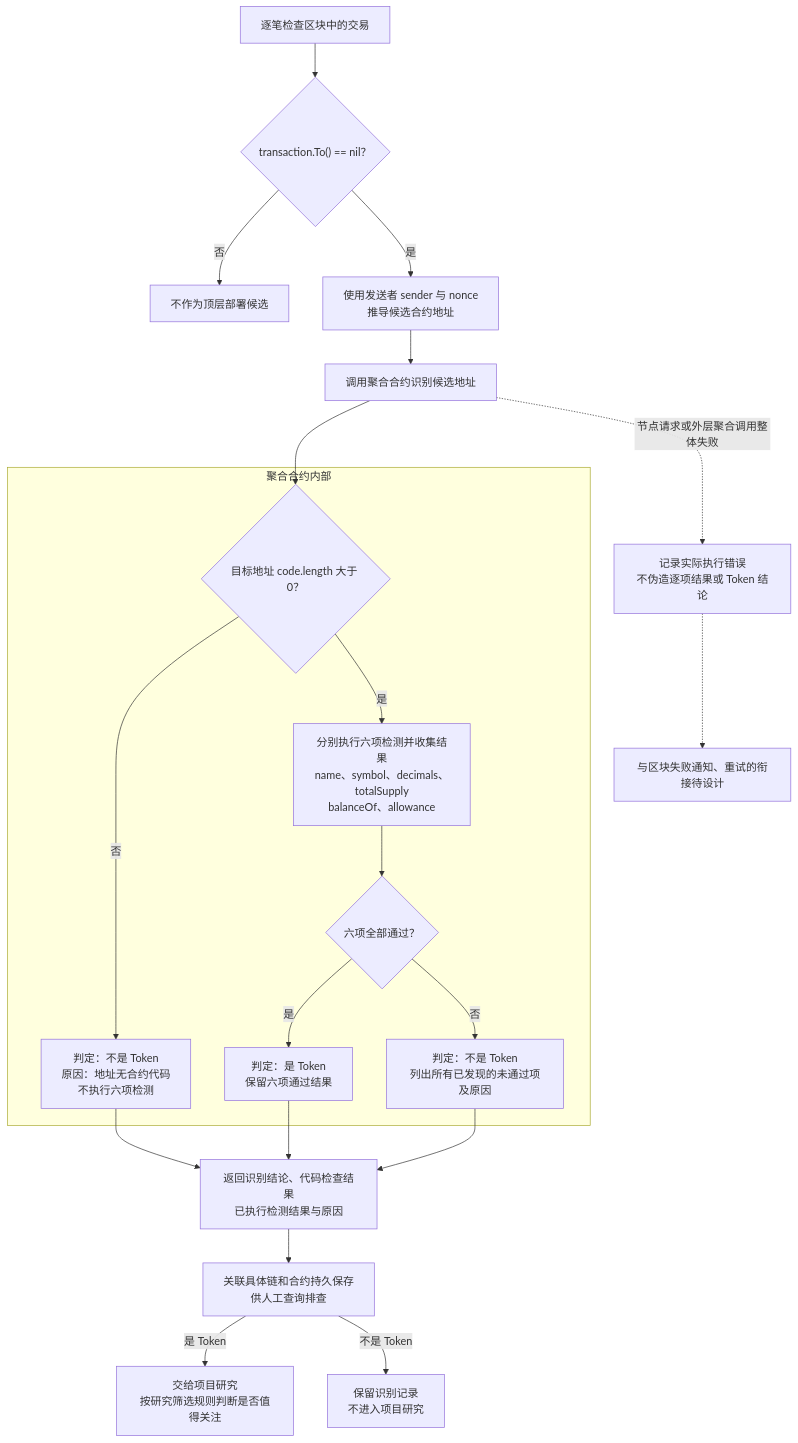
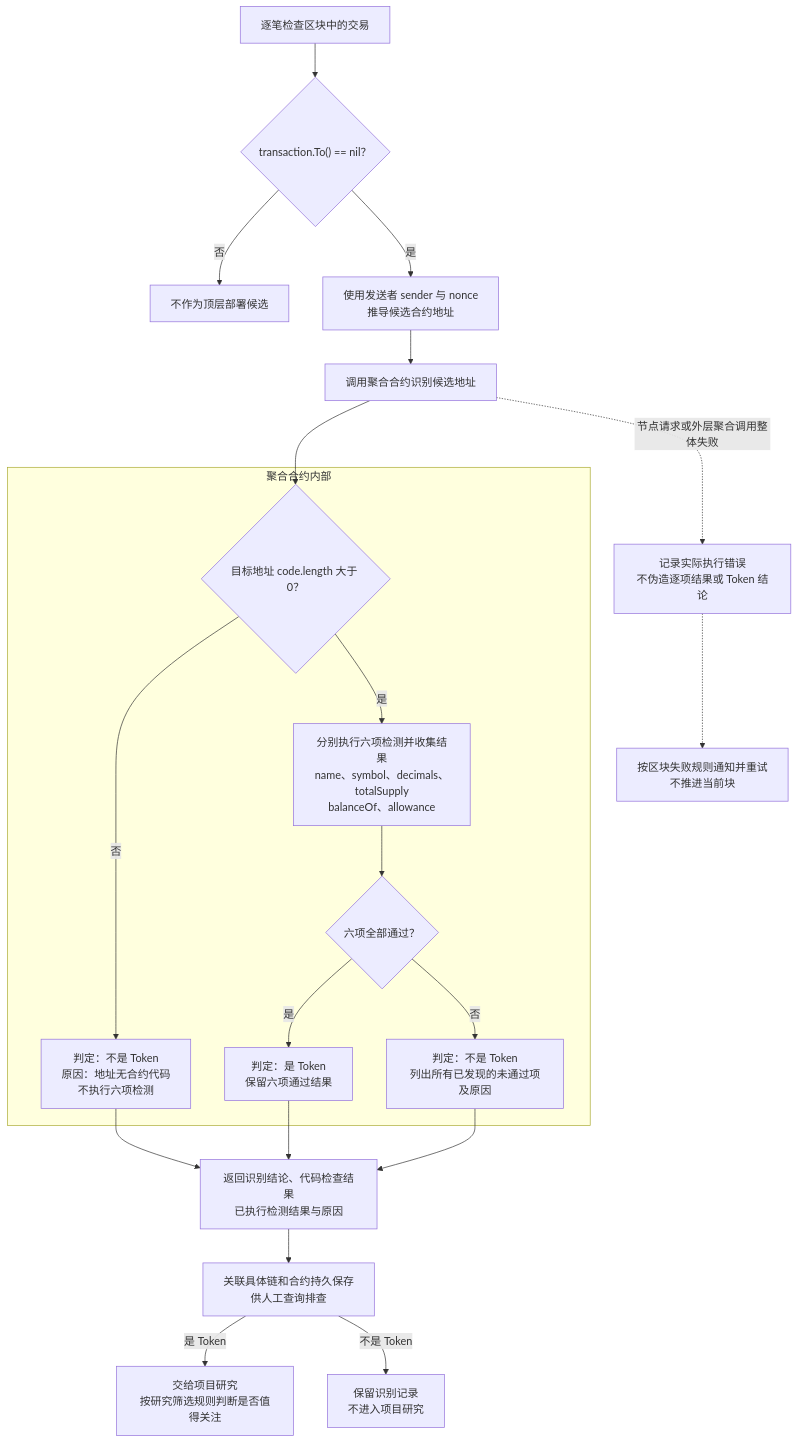
The diagram in docs/project/token-discovery-identification-flow.md (useryege/athena-o), drawn with Mermaid before and after one commit. The commit also changed other lines of this file and 17 other files, not shown here.

````diff
--- a/docs/project/token-discovery-identification-flow.md
+++ b/docs/project/token-discovery-identification-flow.md
@@ -11,31 +11,31 @@
 ```mermaid
 flowchart TD
     transactions["逐笔检查区块中的交易"] --> candidate{"transaction.To() == nil？"}
     candidate -->|否| skip["不作为顶层部署候选"]
     candidate -->|是| address["使用发送者 sender 与 nonce<br/>推导候选合约地址"]
     address --> invoke["调用聚合合约识别候选地址"]
 
     subgraph aggregator["聚合合约内部"]
         code{"目标地址 code.length 大于 0？"}
         noCode["判定：不是 Token<br/>原因：地址无合约代码<br/>不执行六项检测"]
         probes["分别执行六项检测并收集结果<br/>name、symbol、decimals、totalSupply<br/>balanceOf、allowance"]
         passed{"六项全部通过？"}
         token["判定：是 Token<br/>保留六项通过结果"]
         notToken["判定：不是 Token<br/>列出所有已发现的未通过项及原因"]
         code -->|否| noCode
         code -->|是| probes
         probes --> passed
         passed -->|是| token
         passed -->|否| notToken
     end
 
     invoke --> code
     invoke -. 节点请求或外层聚合调用整体失败 .-> executionError["记录实际执行错误<br/>不伪造逐项结果或 Token 结论"]
-    executionError -.-> retryBoundary["与区块失败通知、重试的衔接待设计"]
+    executionError -.-> retryBoundary["按区块失败规则通知并重试<br/>不推进当前块"]
     noCode --> returned["返回识别结论、代码检查结果<br/>已执行检测结果与原因"]
     token --> returned
     notToken --> returned
     returned --> persist["关联具体链和合约持久保存<br/>供人工查询排查"]
     persist -->|是 Token| research["交给项目研究<br/>按研究筛选规则判断是否值得关注"]
     persist -->|不是 Token| retained["保留识别记录<br/>不进入项目研究"]
 ```
````
